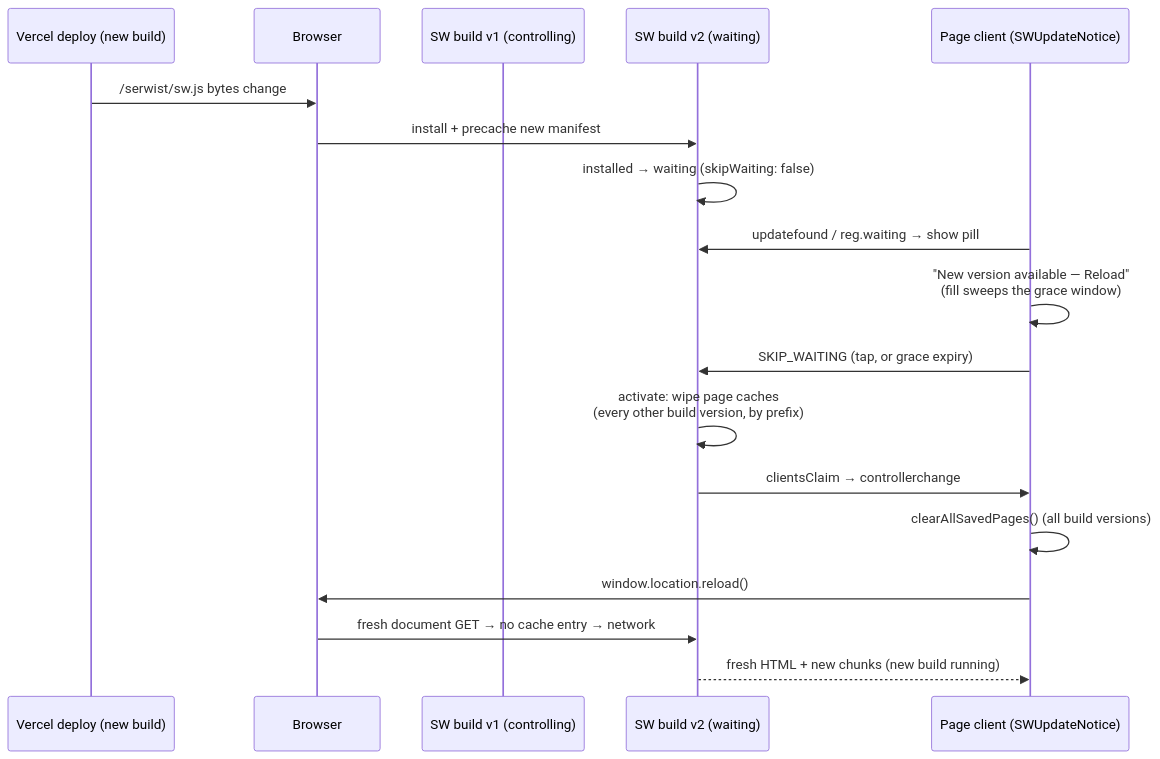
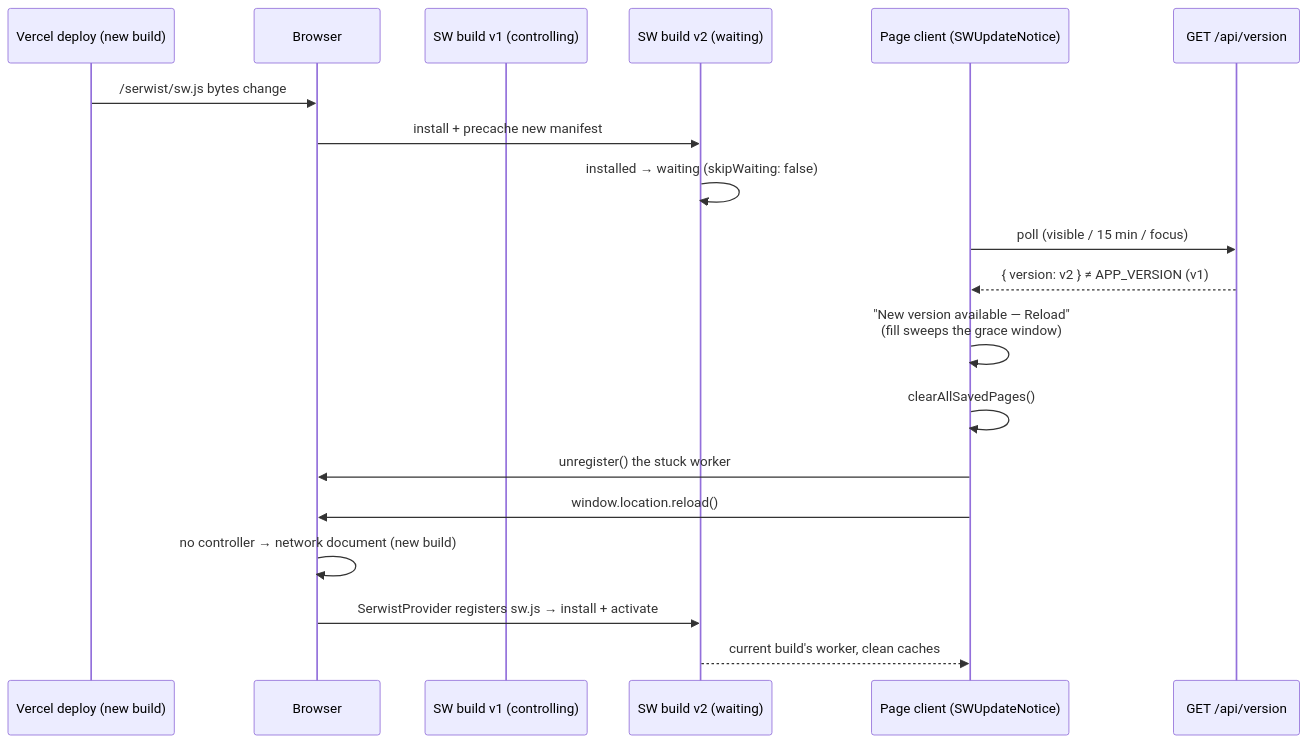
One commit to oncloudnintynineone-source/cloudy2 changed the fourth of 6 diagrams in docs/pwa-offline.md. Above: the diagram before and after it, drawn with Mermaid. The commit also changed other lines of this file and 4 other files, not shown here.

Commit message:
fix(pwa): detect stale builds by server version, not SW waiting state (iOS loop)

````diff
--- a/docs/pwa-offline.md
+++ b/docs/pwa-offline.md
@@ -265,21 +267,22 @@
 ```mermaid
 sequenceDiagram
  participant D as Vercel deploy (new build)
  participant B as Browser
  participant V1 as SW build v1 (controlling)
  participant V2 as SW build v2 (waiting)
  participant C as Page client (SWUpdateNotice)
+ participant A as GET /api/version
 
  D->>B: /serwist/sw.js bytes change
  B->>V2: install + precache new manifest
  V2->>V2: installed → waiting (skipWaiting: false)
- C->>V2: updatefound / reg.waiting → show pill
+ C->>A: poll (visible / 15 min / focus)
+ A-->>C: { version: v2 } ≠ APP_VERSION (v1)
  C->>C: "New version available — Reload"<br/>(fill sweeps the grace window)
- C->>V2: SKIP_WAITING (tap, or grace expiry)
- V2->>V2: activate: wipe page caches<br/>(every other build version, by prefix)
- V2->>C: clientsClaim → controllerchange
- C->>C: clearAllSavedPages() (all build versions)
+ C->>C: clearAllSavedPages()
+ C->>B: unregister() the stuck worker
  C->>B: window.location.reload()
- B->>V2: fresh document GET → no cache entry → network
- V2-->>C: fresh HTML + new chunks (new build running)
+ B->>B: no controller → network document (new build)
+ B->>V2: SerwistProvider registers sw.js → install + activate
+ V2-->>C: current build's worker, clean caches
 ```
````
